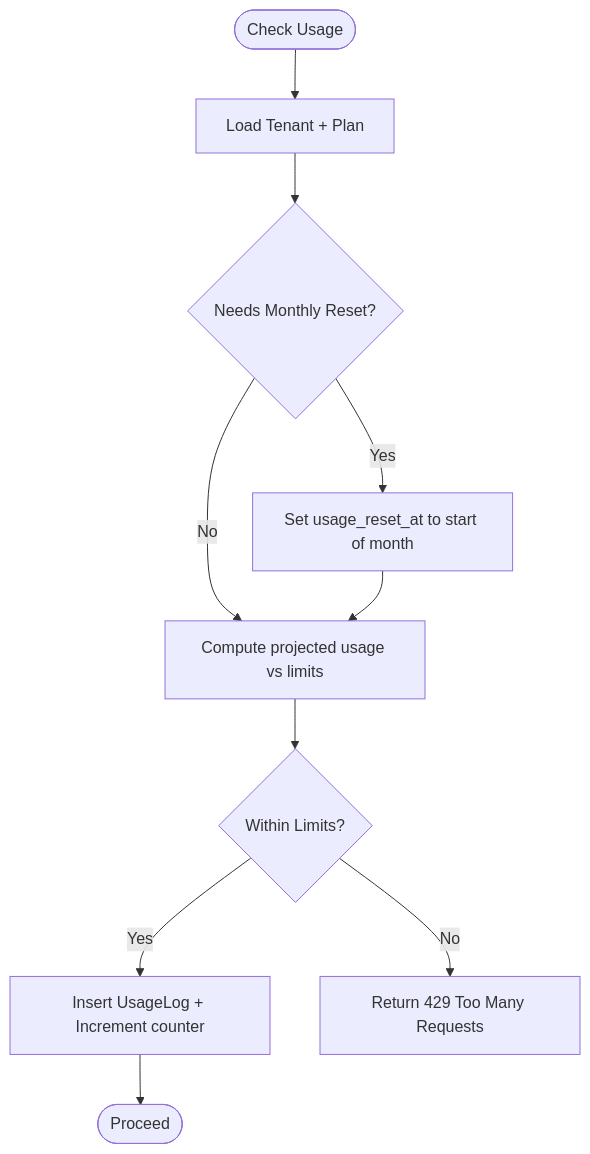
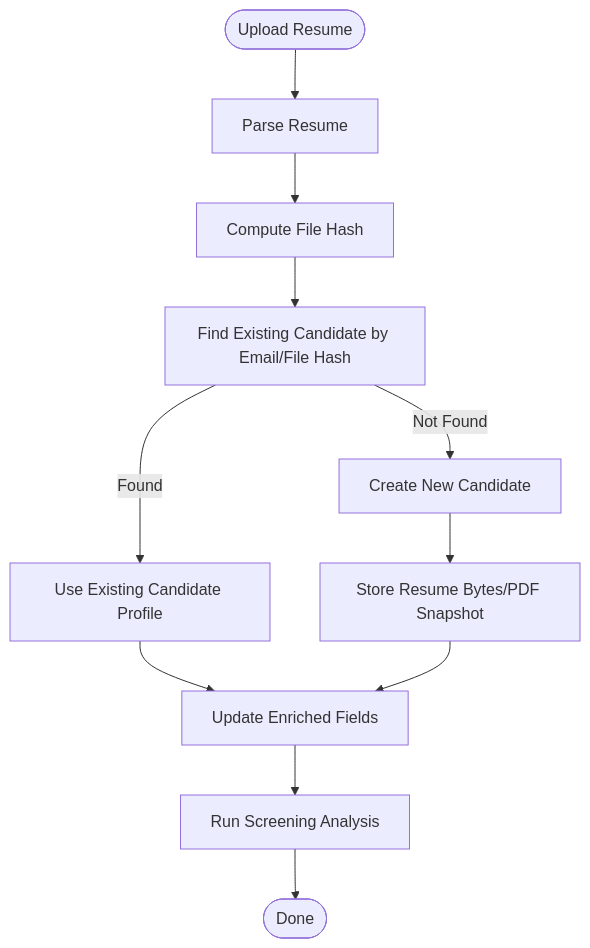
Before and after one commit to Revanththetalogics/aireume: the fourth of 7 diagrams in .qoder/repowiki/en/content/Database Design/Database Design.md, drawn with Mermaid. The commit also changed other lines of this file and 32 other files, not shown here.

````diff
--- a/.qoder/repowiki/en/content/Database Design/Database Design.md
+++ b/.qoder/repowiki/en/content/Database Design/Database Design.md
@@ -809,12 +217,13 @@
 ```mermaid
 flowchart TD
-Start(["Check Usage"]) --> LoadTenant["Load Tenant + Plan"]
-LoadTenant --> Reset{"Needs Monthly Reset?"}
-Reset --> |Yes| DoReset["Set usage_reset_at to start of month"]
-Reset --> |No| CheckLimits["Compute projected usage vs limits"]
-DoReset --> CheckLimits
-CheckLimits --> Within{"Within Limits?"}
-Within --> |Yes| Record["Insert UsageLog + Increment counter"]
-Within --> |No| Deny["Return 429 Too Many Requests"]
-Record --> End(["Proceed"])
+Start(["Upload Resume"]) --> Parse["Parse Resume"]
+Parse --> Hash["Compute File Hash"]
+Hash --> FindDup["Find Existing Candidate by Email/File Hash"]
+FindDup --> |Found| UseExisting["Use Existing Candidate Profile"]
+FindDup --> |Not Found| CreateNew["Create New Candidate"]
+UseExisting --> Enrich["Update Enriched Fields"]
+CreateNew --> Store["Store Resume Bytes/PDF Snapshot"]
+Store --> Enrich
+Enrich --> Analyze["Run Screening Analysis"]
+Analyze --> End(["Done"])
 ```
````
